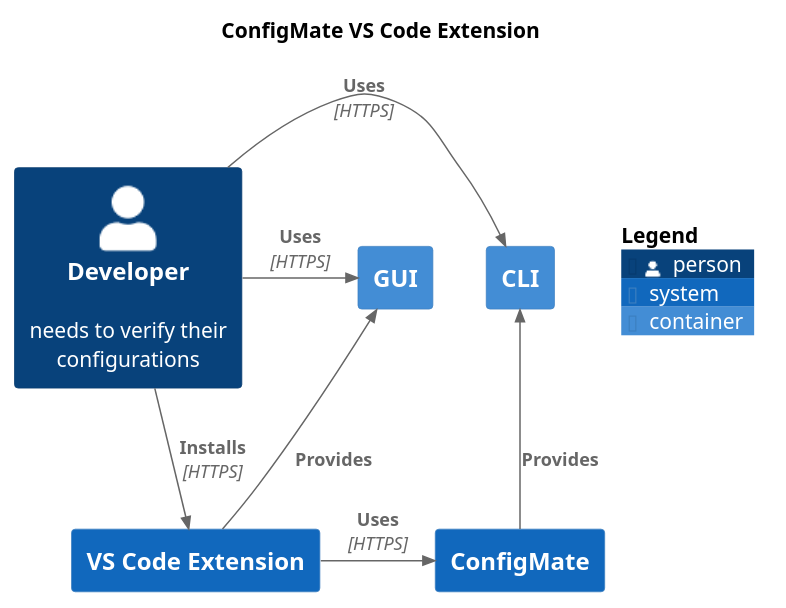
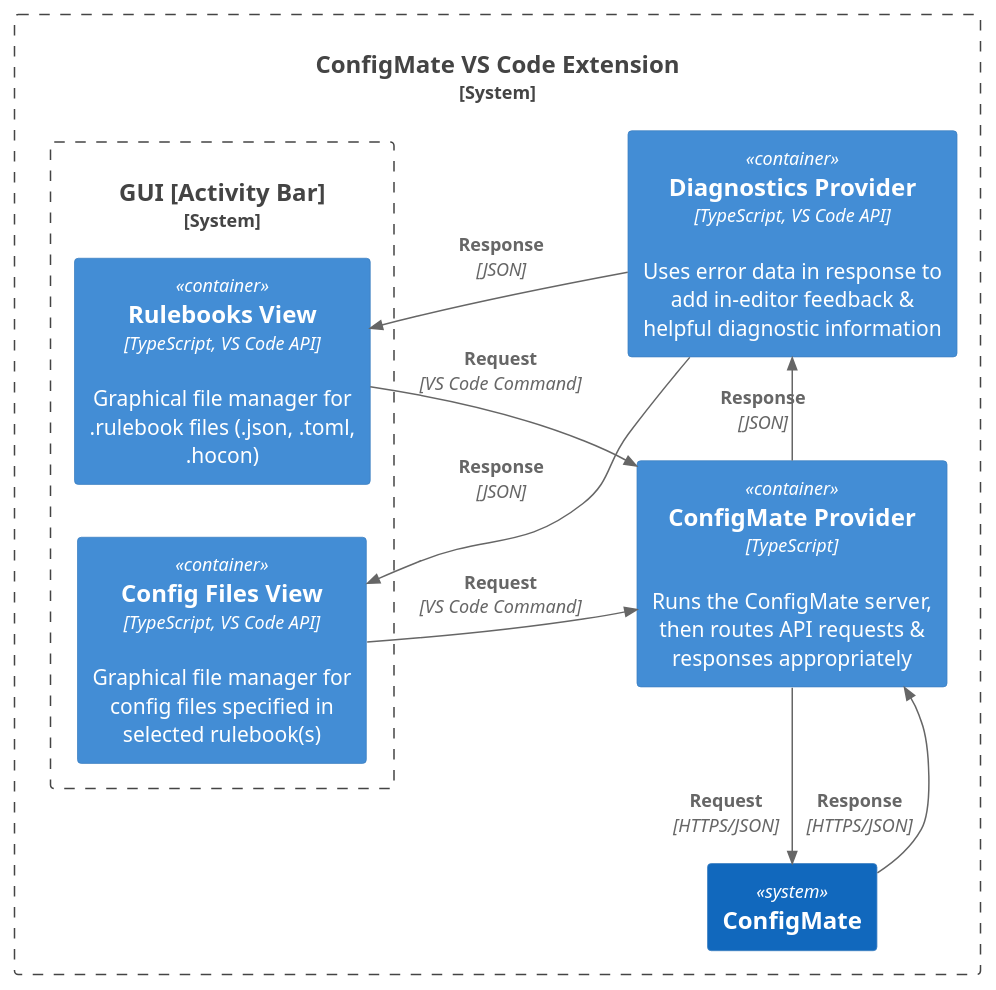
One commit to ConfigMate/configmate-gui changed the diagram in diagrams/src/frontend.plantuml. Above: the diagram before and after it, drawn with PlantUML. The commit also changed 2 other files, not shown here.

Commit message:
diagrams

```diff
--- a/diagrams/src/frontend.plantuml
+++ b/diagrams/src/frontend.plantuml
@@ -1,21 +1,27 @@
 @startuml c4
 !include  https://raw.githubusercontent.com/plantuml-stdlib/C4-PlantUML/master/C4_Container.puml
 
-title ConfigMate VS Code Extension
+LAYOUT_LANDSCAPE()
 
-Person(user, "Developer", "needs to verify their configurations")
-System(configmate, "ConfigMate")
-Container(gui, "GUI")
-System(extension, "VS Code Extension")
-Container(cli, "CLI")
+' Person(user, "User", "Uses ConfigMate to manage config files")
 
-Rel_R(user, extension, "Installs", "HTTPS")
-Rel_R(user, gui, "Uses", "HTTPS")
-Rel_R(user, cli, "Uses", "HTTPS")
-Rel_R(extension, configmate, "Uses", "HTTPS")
-Rel_U(extension, gui, "Provides")
-Rel_U(configmate, cli, "Provides")
+System_Boundary(extension, "ConfigMate VS Code Extension") {
+	System_Boundary(gui, "GUI [Activity Bar]") {
+		Container(rulebooks, "Rulebooks View", "TypeScript, VS Code API", "Graphical file manager for .rulebook files (.json, .toml, .hocon)")
+		Container(configFiles, "Config Files View", "TypeScript, VS Code API", "Graphical file manager for config files specified in selected rulebook(s)")
+	}
+	Container(configmateProvider, "ConfigMate Provider", "TypeScript", "Runs the ConfigMate server, then routes API requests & responses appropriately")
+	Container(diagnosticsProvider, "Diagnostics Provider", "TypeScript, VS Code API", "Uses error data in response to add in-editor feedback & helpful diagnostic information")
+	System(configmate, "ConfigMate")
+}
+Rel_U(configmateProvider, configmate, "\n\n\nRequest", "HTTPS/JSON")
+Rel_D(configmate, configmateProvider, "\n\n\nResponse", "HTTPS/JSON")
+Rel_U(configmateProvider, diagnosticsProvider, "Response", "JSON")
 
-SHOW_FLOATING_LEGEND()
+Rel_R(rulebooks, configmateProvider, "Request", "VS Code Command")
+Rel_R(configFiles, configmateProvider, "Request", "VS Code Command")
+Rel_L(diagnosticsProvider, rulebooks, "Response", "JSON")
+Rel_L(diagnosticsProvider, configFiles, "Response", "JSON")
 
+' SHOW_FLOATING_LEGEND()
 @enduml
```
